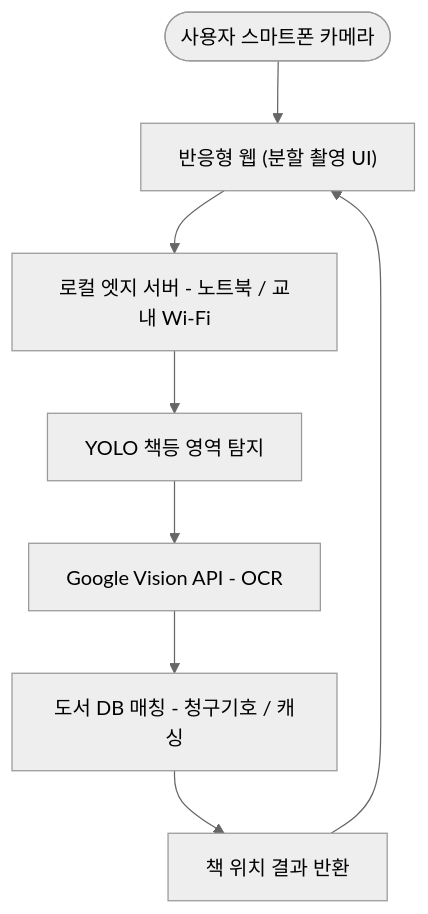
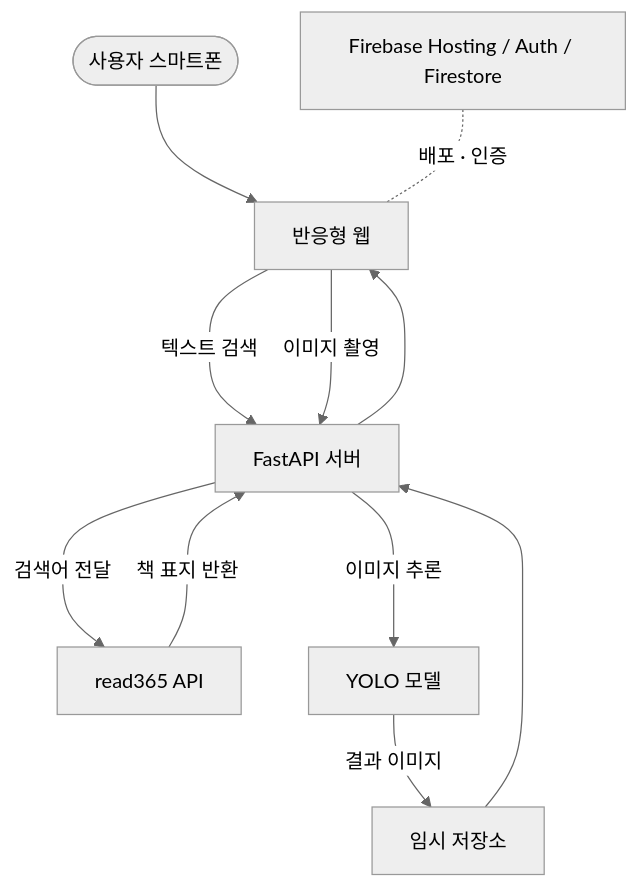
The diagram in README.md (dltmdals0623/CVCLSIMMS), drawn with Mermaid (neutral theme) before and after one commit. The commit also changed other lines of this file, not shown here.

````diff
--- a/README.md
+++ b/README.md
@@ -44,10 +48,16 @@
 ```mermaid
 flowchart TD
-    User(["사용자 스마트폰 카메라"]) --> Web["반응형 웹 (분할 촬영 UI)"]
-    Web --> Edge["로컬 엣지 서버 - 노트북 / 교내 Wi-Fi"]
-    Edge --> YOLO["YOLO 책등 영역 탐지"]
-    YOLO --> OCR["Google Vision API - OCR"]
-    OCR --> Match["도서 DB 매칭 - 청구기호 / 캐싱"]
-    Match --> Result["책 위치 결과 반환"]
-    Result --> Web
+    User(["사용자 스마트폰"]) --> Web["반응형 웹"]
+    Web -->|"텍스트 검색"| API["FastAPI 서버"]
+    Web --->|"이미지 촬영"| API
+
+    API --->|"검색어 전달"| Lib["read365 API"]
+    Lib --->|"책 표지 반환"| API
+
+    API --->|"이미지 추론"| YOLO["YOLO 모델"]
+    YOLO -->|"결과 이미지"| Scans["임시 저장소"]
+    Scans --> API
+
+    API --> Web
+    Firebase["Firebase Hosting / Auth / Firestore"] -. 배포 · 인증 .- Web
 ```
````
